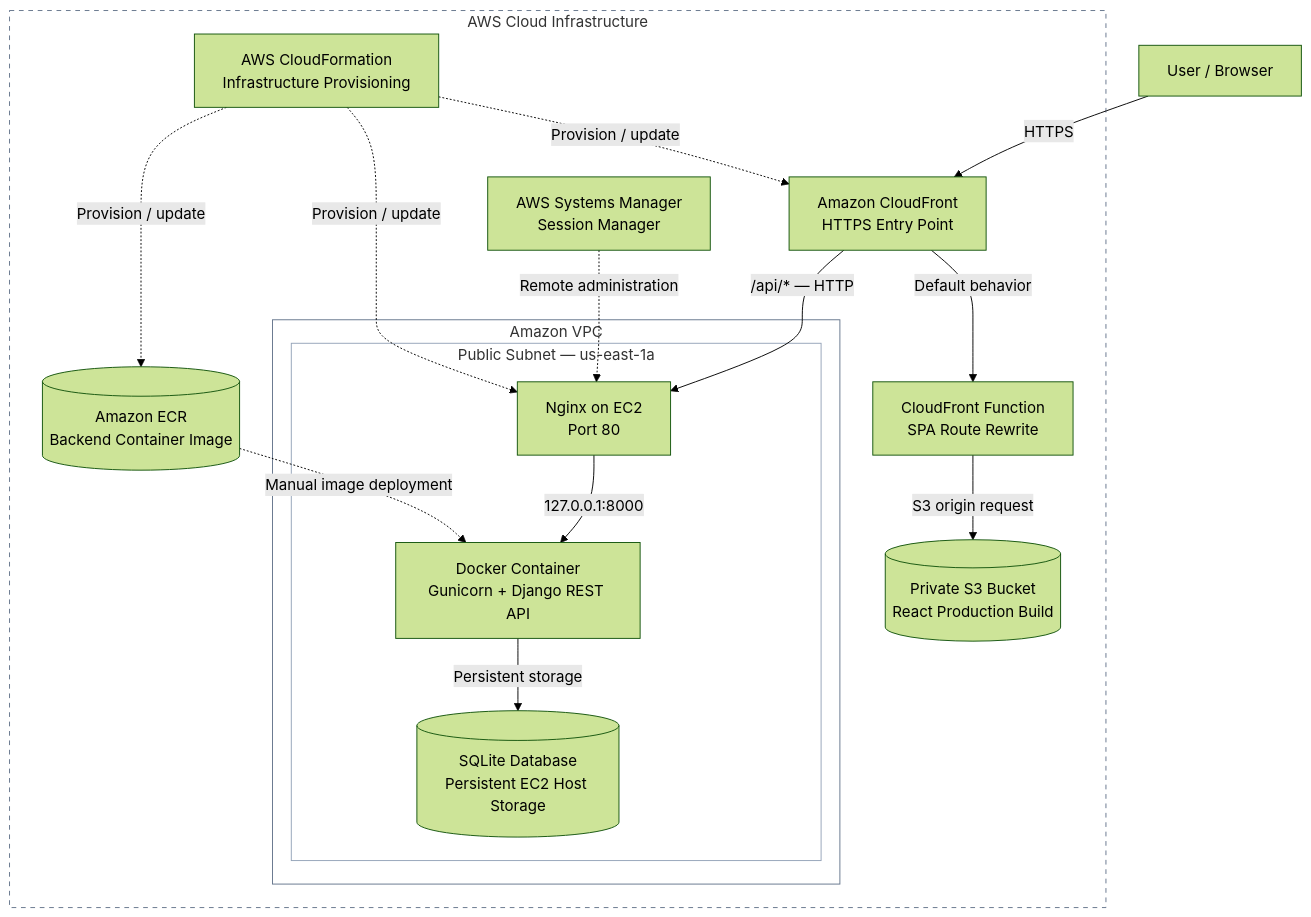
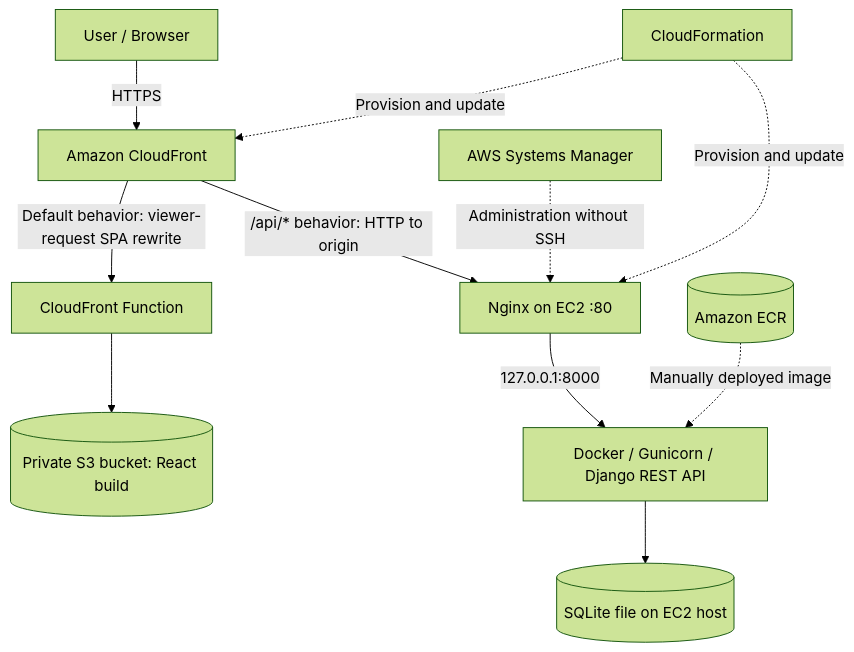
One commit to sophia-dao/cloud_computing_proj changed the first of 3 diagrams in docs/midpoint/PROGRESS.md. Above: the diagram before and after it, drawn with Mermaid (forest theme). The commit also changed other lines of this file and 58 other files, not shown here.

````diff
--- a/docs/midpoint/PROGRESS.md
+++ b/docs/midpoint/PROGRESS.md
@@ -130,39 +64,13 @@
 ```mermaid
 flowchart TB
-    U["User / Browser"]
-
-    subgraph AWS["AWS Cloud Infrastructure"]
-        CF["Amazon CloudFront<br/>HTTPS Entry Point"]
-        FN["CloudFront Function<br/>SPA Route Rewrite"]
-        S3[("Private S3 Bucket<br/>React Production Build")]
-
-        subgraph VPC["Amazon VPC"]
-            subgraph PUB["Public Subnet — us-east-1a"]
-                NG["Nginx on EC2<br/>Port 80"]
-                DK["Docker Container<br/>Gunicorn + Django REST API"]
-                SQL[("SQLite Database<br/>Persistent EC2 Host Storage")]
-            end
-        end
-
-        ECR[("Amazon ECR<br/>Backend Container Image")]
-        SSM["AWS Systems Manager<br/>Session Manager"]
-        CFN["AWS CloudFormation<br/>Infrastructure Provisioning"]
-    end
-
-    U -->|"HTTPS"| CF
-    CF -->|"Default behavior"| FN
-    FN -->|"S3 origin request"| S3
-    CF -->|"/api/* — HTTP"| NG
-    NG -->|"127.0.0.1:8000"| DK
-    DK -->|"Persistent storage"| SQL
-
-    ECR -.->|"Manual image deployment"| DK
-    SSM -.->|"Remote administration"| NG
-    CFN -.->|"Provision / update"| CF
-    CFN -.->|"Provision / update"| NG
-    CFN -.->|"Provision / update"| ECR
-
-    style AWS fill:none,stroke:#64748b,stroke-dasharray:5 5
-    style VPC fill:none,stroke:#64748b
-    style PUB fill:none,stroke:#94a3b8
+    U[User / Browser] -->|HTTPS| CF[Amazon CloudFront]
+    CF -->|Default behavior: viewer-request SPA rewrite| FN[CloudFront Function]
+    FN --> S3[(Private S3 bucket: React build)]
+    CF -->|/api/* behavior: HTTP to origin| NG[Nginx on EC2 :80]
+    NG -->|127.0.0.1:8000| DK[Docker / Gunicorn / Django REST API]
+    DK --> SQL[(SQLite file on EC2 host)]
+    ECR[(Amazon ECR)] -.->|Manually deployed image| DK
+    SSM[AWS Systems Manager] -.->|Administration without SSH| NG
+    CFN[CloudFormation] -.->|Provision and update| CF
+    CFN -.->|Provision and update| NG
 ```
````
